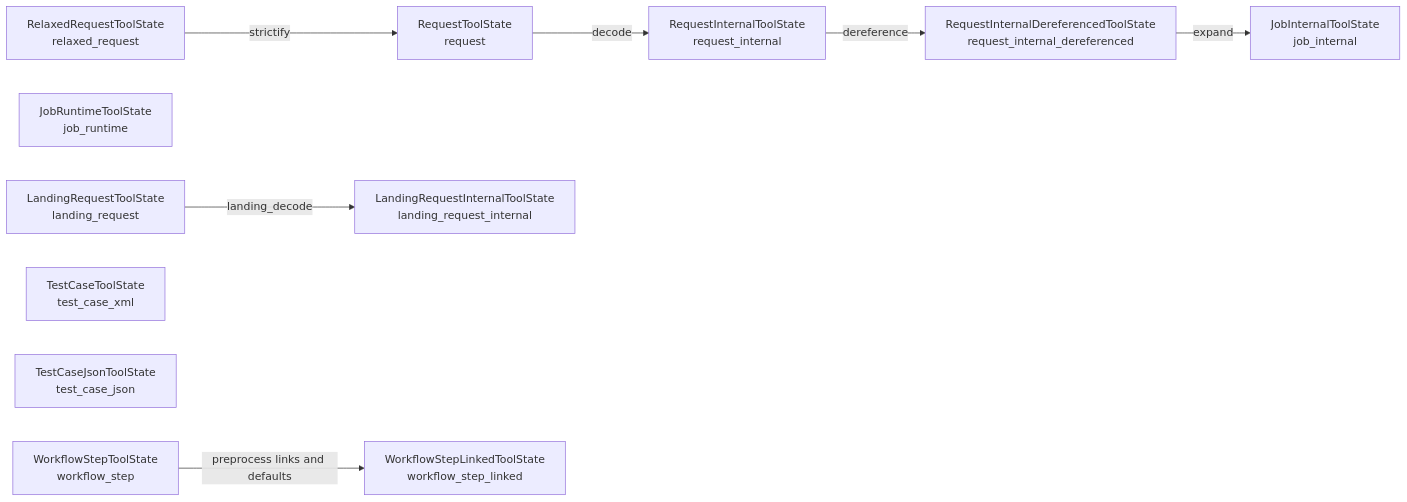
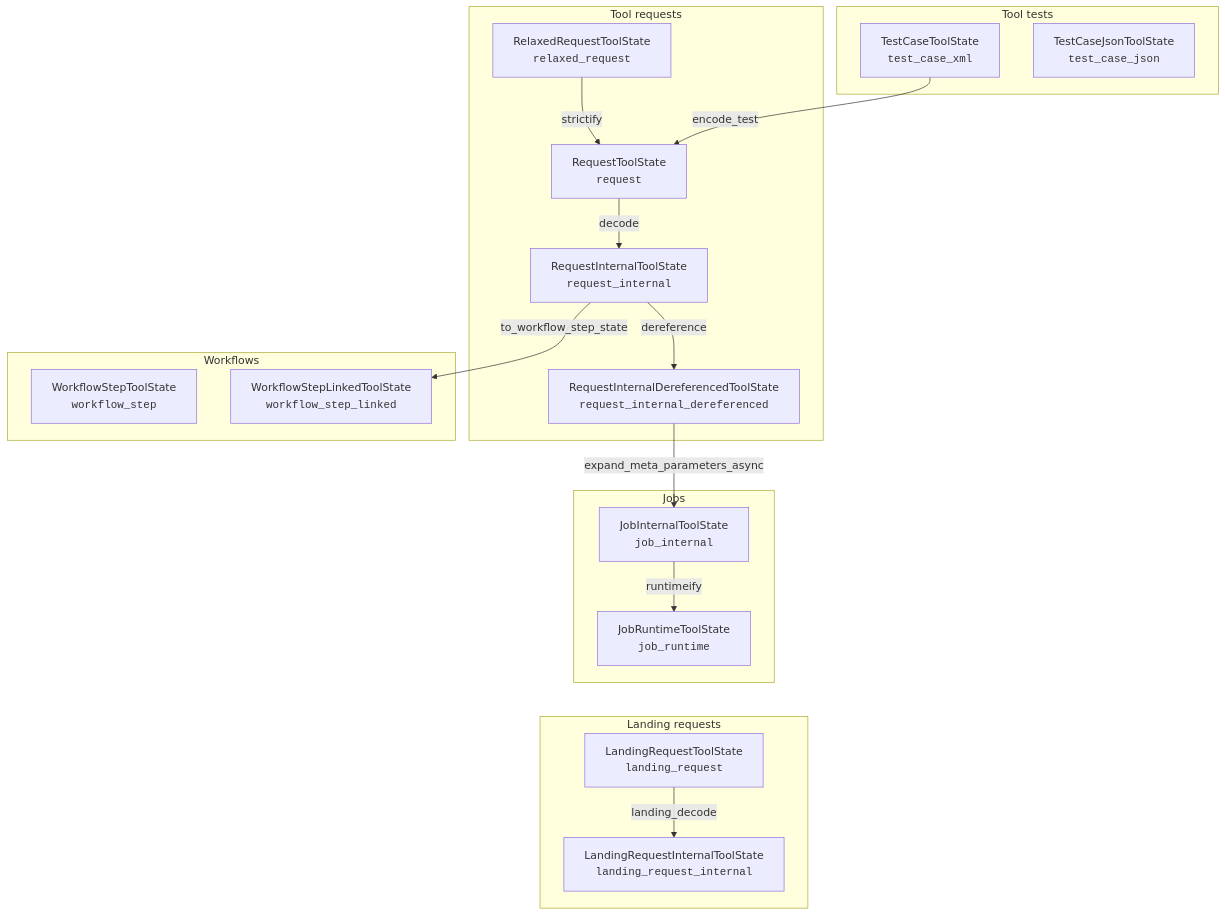
One commit to galaxyproject/galaxy changed the first of 3 diagrams in doc/source/dev/tool_state.md. Above: the diagram before and after it, drawn with Mermaid. The commit also changed other lines of this file and 1 other file, not shown here.

Commit message:
Group tool state diagram and theme Mermaid with Galaxy colours
Group the state representations by use, add the runtimeify, encode_test
and to_workflow_step_state conversions, and drop the nonexistent
workflow_step -> workflow_step_linked edge. Theme diagrams with the
client's brand colours, set fontFamily so the RTD pre font doesn't
clip labels, and size diagrams to their content.

````diff
--- a/doc/source/dev/tool_state.md
+++ b/doc/source/dev/tool_state.md
@@ -12,22 +12,35 @@
 ```{mermaid}
-flowchart LR
-    relaxed["RelaxedRequestToolState<br/>relaxed_request"]
-    request["RequestToolState<br/>request"]
-    request_internal["RequestInternalToolState<br/>request_internal"]
-    dereferenced["RequestInternalDereferencedToolState<br/>request_internal_dereferenced"]
-    job_internal["JobInternalToolState<br/>job_internal"]
-    job_runtime["JobRuntimeToolState<br/>job_runtime"]
-    landing["LandingRequestToolState<br/>landing_request"]
-    landing_internal["LandingRequestInternalToolState<br/>landing_request_internal"]
-    test_case["TestCaseToolState<br/>test_case_xml"]
-    test_case_json["TestCaseJsonToolState<br/>test_case_json"]
-    workflow_step["WorkflowStepToolState<br/>workflow_step"]
-    workflow_step_linked["WorkflowStepLinkedToolState<br/>workflow_step_linked"]
+flowchart TB
+    subgraph requests ["Tool requests"]
+        relaxed["RelaxedRequestToolState<br/><code>relaxed_request</code>"]
+        request["RequestToolState<br/><code>request</code>"]
+        request_internal["RequestInternalToolState<br/><code>request_internal</code>"]
+        dereferenced["RequestInternalDereferencedToolState<br/><code>request_internal_dereferenced</code>"]
+    end
+    subgraph jobs ["Jobs"]
+        job_internal["JobInternalToolState<br/><code>job_internal</code>"]
+        job_runtime["JobRuntimeToolState<br/><code>job_runtime</code>"]
+    end
+    subgraph tests ["Tool tests"]
+        test_case["TestCaseToolState<br/><code>test_case_xml</code>"]
+        test_case_json["TestCaseJsonToolState<br/><code>test_case_json</code>"]
+    end
+    subgraph workflows ["Workflows"]
+        workflow_step["WorkflowStepToolState<br/><code>workflow_step</code>"]
+        workflow_step_linked["WorkflowStepLinkedToolState<br/><code>workflow_step_linked</code>"]
+    end
+    subgraph landing_requests ["Landing requests"]
+        landing["LandingRequestToolState<br/><code>landing_request</code>"]
+        landing_internal["LandingRequestInternalToolState<br/><code>landing_request_internal</code>"]
+    end
 
     relaxed -- strictify --> request
     request -- decode --> request_internal
     request_internal -- dereference --> dereferenced
-    dereferenced -- expand --> job_internal
+    dereferenced -- expand_meta_parameters_async --> job_internal
+    job_internal -- runtimeify --> job_runtime
+    test_case -- encode_test --> request
+    request_internal -- to_workflow_step_state --> workflow_step_linked
     landing -- landing_decode --> landing_internal
-    workflow_step -- preprocess links and defaults --> workflow_step_linked
+    job_runtime ~~~ landing
 ```
````
